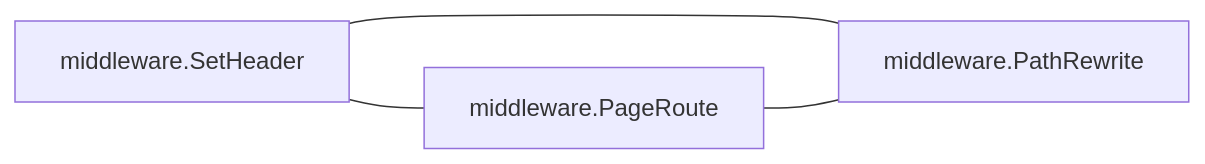
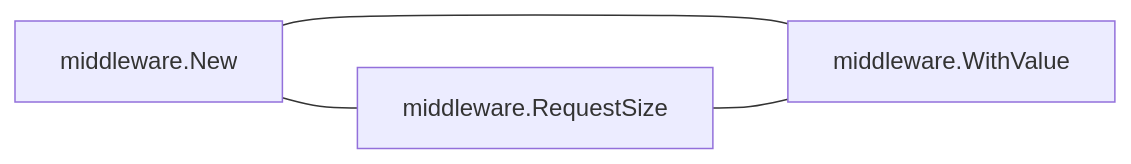
Before and after one commit to LukasSelin/doppel: the fifth of 7 diagrams in examples/chi.md, drawn with Mermaid. The commit also changed other lines of this file and 15 other files, not shown here.

````diff
--- a/examples/chi.md
+++ b/examples/chi.md
@@ -825,9 +805,9 @@
 ```mermaid
 flowchart LR
-    m0["middleware.SetHeader"]
-    m1["middleware.PageRoute"]
-    m2["middleware.PathRewrite"]
+    m0["middleware.New"]
+    m1["middleware.RequestSize"]
+    m2["middleware.WithValue"]
     m0 --- m1
     m0 --- m2
     m1 --- m2
 ```
````
